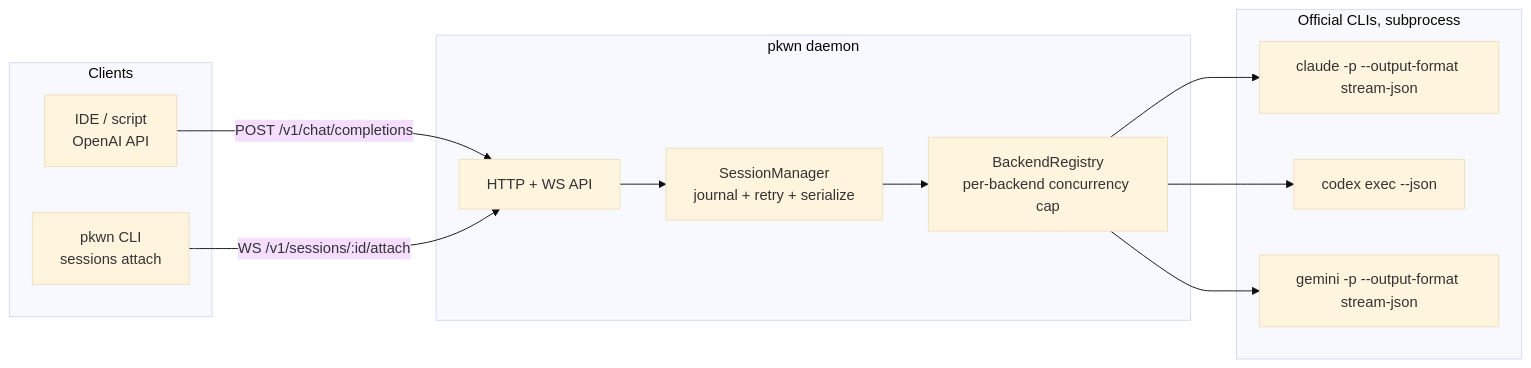
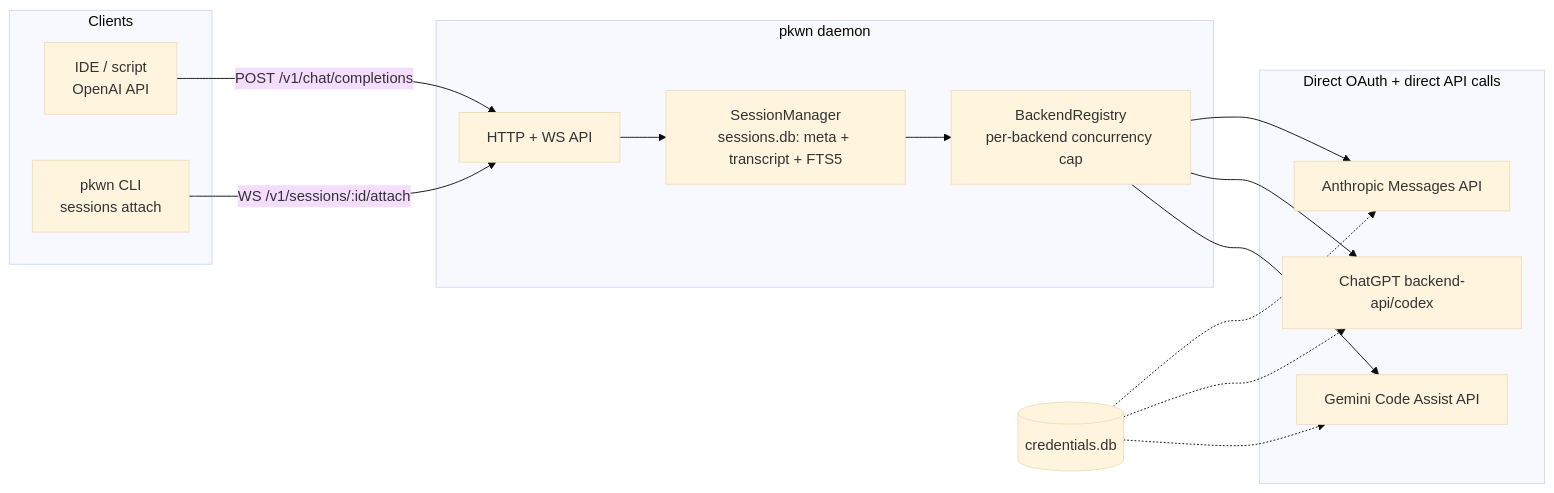
One commit to raka-raprast/punakawan-cli changed the diagram in README.md. Above: the diagram before and after it, drawn with Mermaid (base theme). The commit also changed other lines of this file and 54 other files, not shown here.

````diff
--- a/README.md
+++ b/README.md
@@ -53,23 +87,26 @@
 ```mermaid
 flowchart LR
   subgraph clients [Clients]
     IDE[IDE / script<br/>OpenAI API]
     CLI[pkwn CLI<br/>sessions attach]
   end
   subgraph daemon [pkwn daemon]
     HTTP[HTTP + WS API]
-    SM[SessionManager<br/>journal + retry + serialize]
+    SM[SessionManager<br/>sessions.db: meta + transcript + FTS5]
     REG[BackendRegistry<br/>per-backend concurrency cap]
   end
-  subgraph backends [Official CLIs, subprocess]
-    C[claude -p --output-format stream-json]
-    X[codex exec --json]
-    G[gemini -p --output-format stream-json]
+  subgraph backends [Direct OAuth + direct API calls]
+    C[Anthropic Messages API]
+    X[ChatGPT backend-api/codex]
+    G[Gemini Code Assist API]
   end
   IDE -->|POST /v1/chat/completions| HTTP
   CLI -->|WS /v1/sessions/:id/attach| HTTP
   HTTP --> SM --> REG
   REG --> C
   REG --> X
   REG --> G
+  CRED[(credentials.db)] -.-> C
+  CRED -.-> X
+  CRED -.-> G
 ```
````
